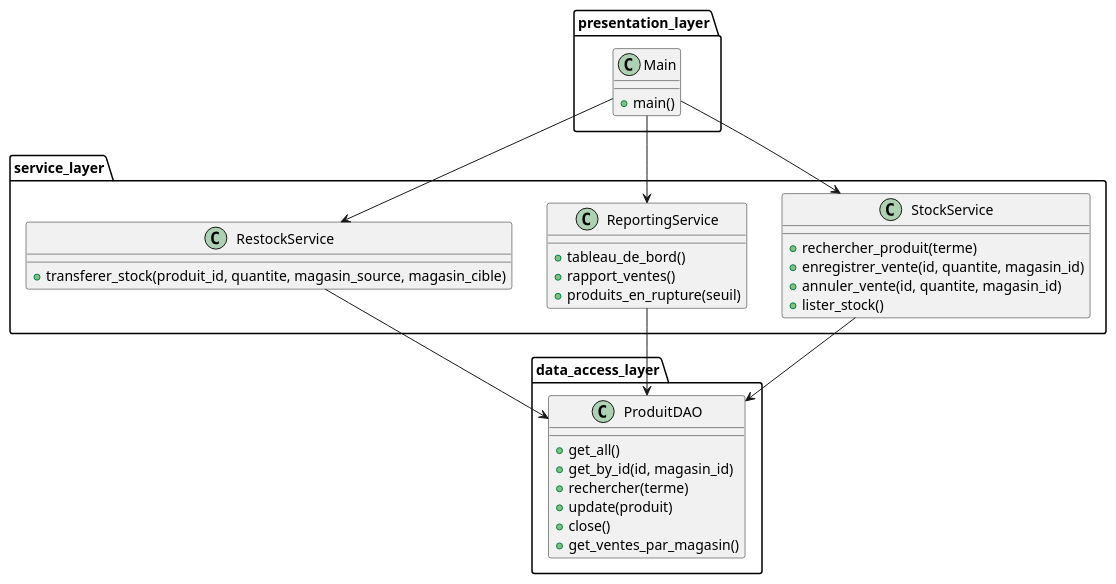
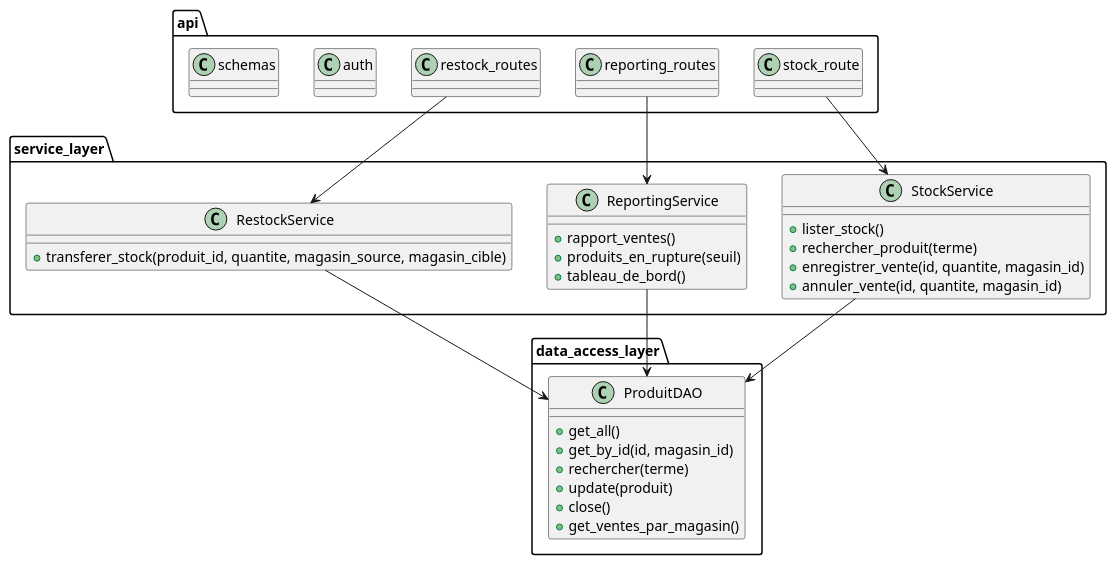
Before and after one commit to Ludo67/LOG430-Lab0: the diagram in docs/UML/class_diagram.puml, drawn with PlantUML. The commit also changed 90 other files, not shown here.

```diff
--- a/docs/UML/class_diagram.puml
+++ b/docs/UML/class_diagram.puml
@@ -1,47 +1,49 @@
-@startuml vue_logique
+@startuml class_diagram
 
 package "data_access_layer" {
   class ProduitDAO {
     +get_all()
     +get_by_id(id, magasin_id)
     +rechercher(terme)
     +update(produit)
     +close()
     +get_ventes_par_magasin()
   }
 }
 
 package "service_layer" {
   class StockService {
+    +lister_stock()
     +rechercher_produit(terme)
     +enregistrer_vente(id, quantite, magasin_id)
     +annuler_vente(id, quantite, magasin_id)
-    +lister_stock()
   }
 
   class ReportingService {
-    +tableau_de_bord()
     +rapport_ventes()
     +produits_en_rupture(seuil)
+    +tableau_de_bord()
   }
 
   class RestockService {
     +transferer_stock(produit_id, quantite, magasin_source, magasin_cible)
   }
 }
 
-package "presentation_layer" {
-  class Main {
-    +main()
-  }
+package "api" {
+  class stock_route
+  class restock_routes
+  class reporting_routes
+  class auth
+  class schemas
 }
 
-Main --> StockService
-Main --> ReportingService
-Main --> RestockService
+"stock_route" --> StockService
+"restock_routes" --> RestockService
+"reporting_routes" --> ReportingService
 
 StockService --> ProduitDAO
+RestockService --> ProduitDAO
 ReportingService --> ProduitDAO
-RestockService --> ProduitDAO
 
 @enduml
```
